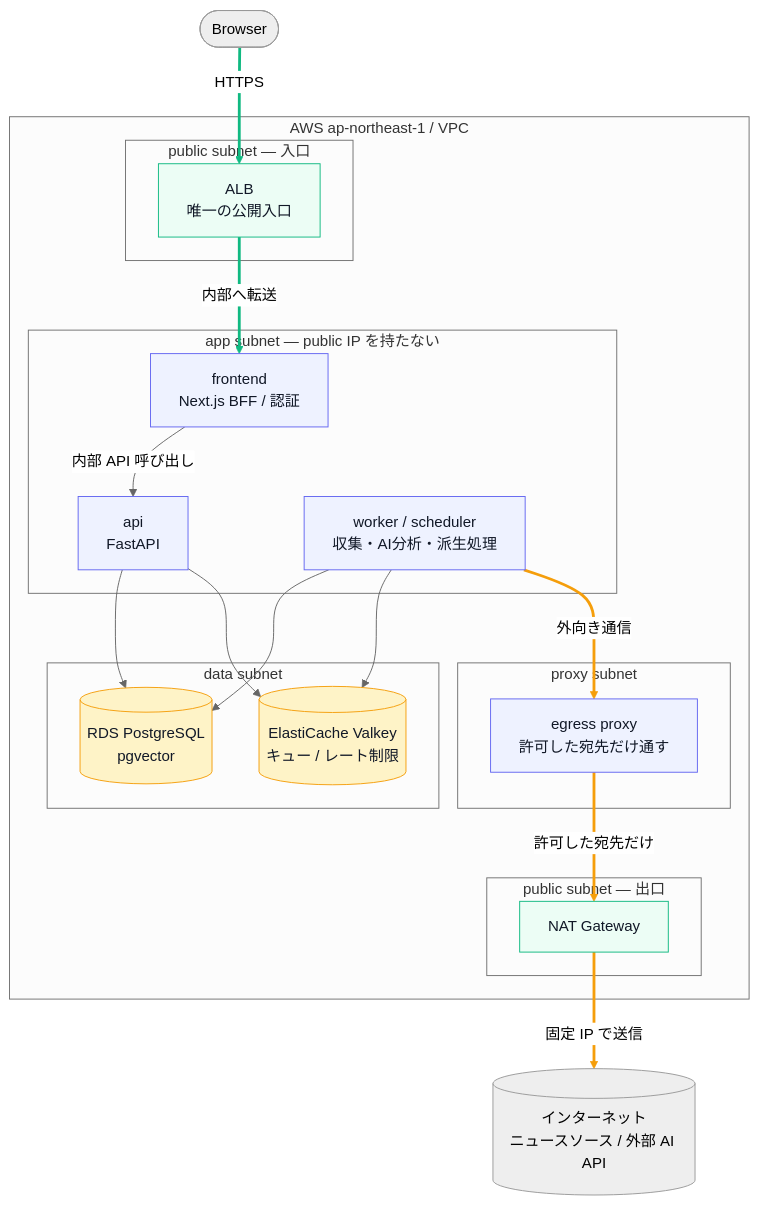
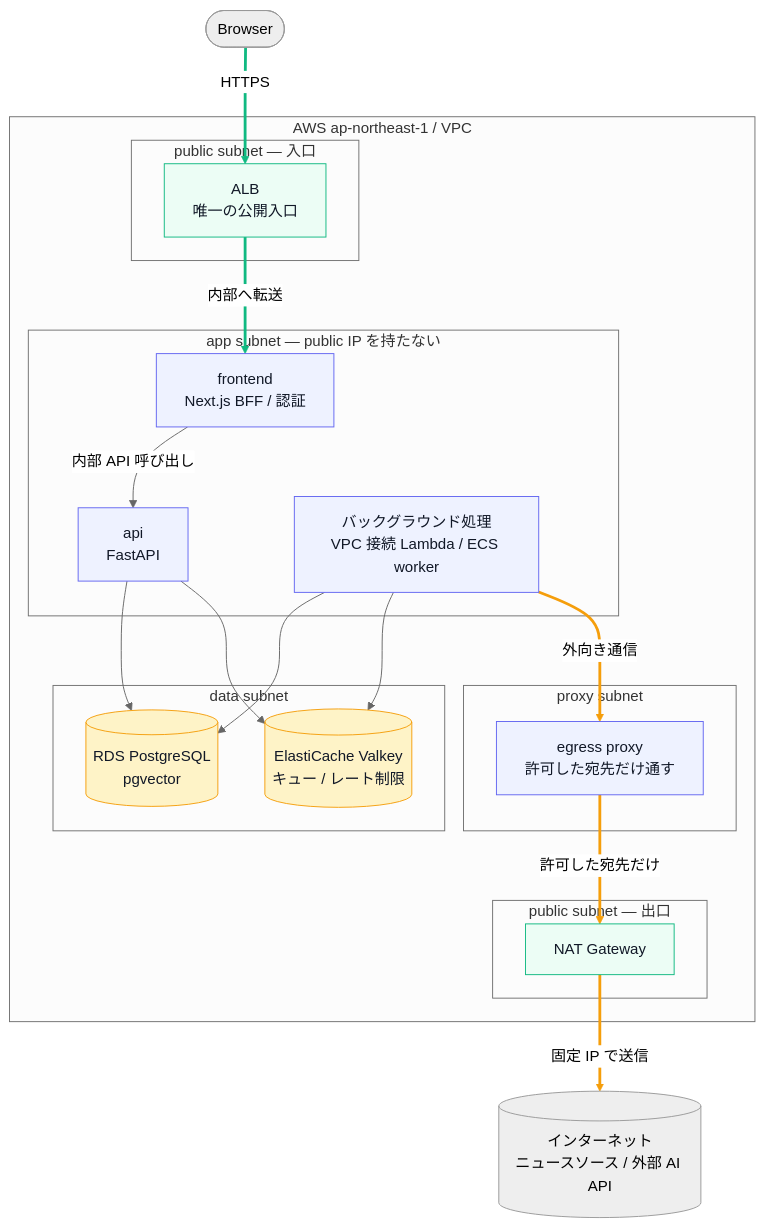
The first of 2 diagrams in README.md (yook11/Vector), drawn with Mermaid (neutral theme) before and after one commit. The commit also changed other lines of this file, not shown here.

````diff
--- a/README.md
+++ b/README.md
@@ -84,52 +89,52 @@
 ```mermaid
 flowchart TB
     Browser([Browser])
     Internet[("インターネット<br/>ニュースソース / 外部 AI API")]
 
     subgraph VPC["AWS ap-northeast-1 / VPC"]
         subgraph PubIn["public subnet — 入口"]
             ALB["ALB<br/>唯一の公開入口"]
         end
 
         subgraph AppNet["app subnet — public IP を持たない"]
             FE["frontend<br/>Next.js BFF / 認証"]
             API["api<br/>FastAPI"]
-            WORKER["worker / scheduler<br/>収集・AI分析・派生処理"]
+            WORKER["バックグラウンド処理<br/>VPC 接続 Lambda / ECS worker"]
         end
 
         subgraph DataNet["data subnet"]
             RDS[("RDS PostgreSQL<br/>pgvector")]
             VK[("ElastiCache Valkey<br/>キュー / レート制限")]
         end
 
         subgraph ProxyNet["proxy subnet"]
             PROXY["egress proxy<br/>許可した宛先だけ通す"]
         end
 
         subgraph PubOut["public subnet — 出口"]
             NAT["NAT Gateway"]
         end
     end
 
     Browser ==>|HTTPS| ALB
     ALB ==>|内部へ転送| FE
     FE -->|内部 API 呼び出し| API
     FE ~~~ WORKER
     API --> RDS
     API --> VK
     WORKER --> RDS
     WORKER --> VK
     WORKER ==>|外向き通信| PROXY
     PROXY ==>|許可した宛先だけ| NAT
     NAT ==>|固定 IP で送信| Internet
 
     linkStyle 0,1 stroke:#10b981,stroke-width:3px
     linkStyle 8,9,10 stroke:#f59e0b,stroke-width:3px
 
     classDef edge fill:#ecfdf5,stroke:#10b981,color:#111827;
     classDef internal fill:#eef2ff,stroke:#6366f1,color:#111827;
     classDef data fill:#fef3c7,stroke:#f59e0b,color:#111827;
     class ALB,NAT edge
     class FE,API,WORKER,PROXY internal
     class RDS,VK data
 ```
````
